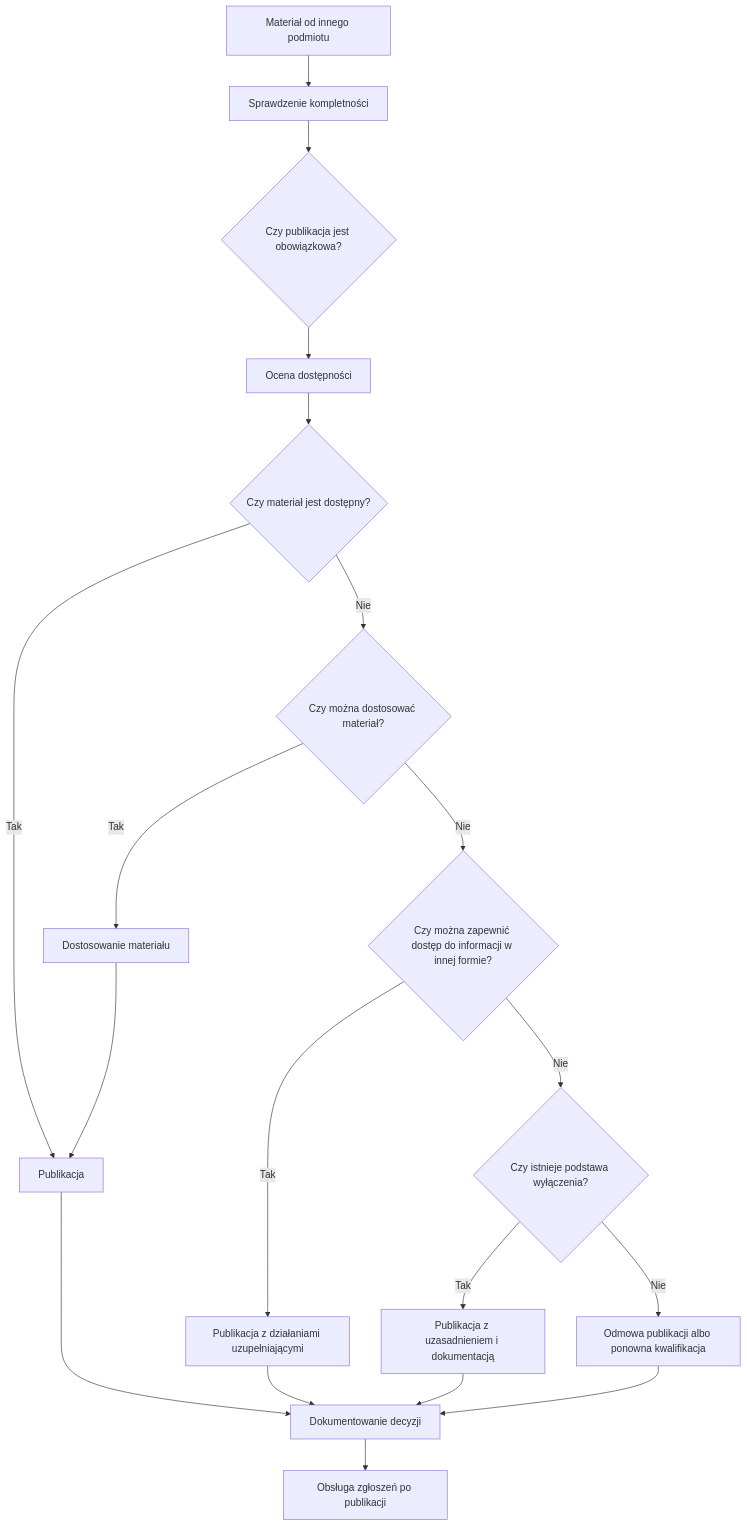
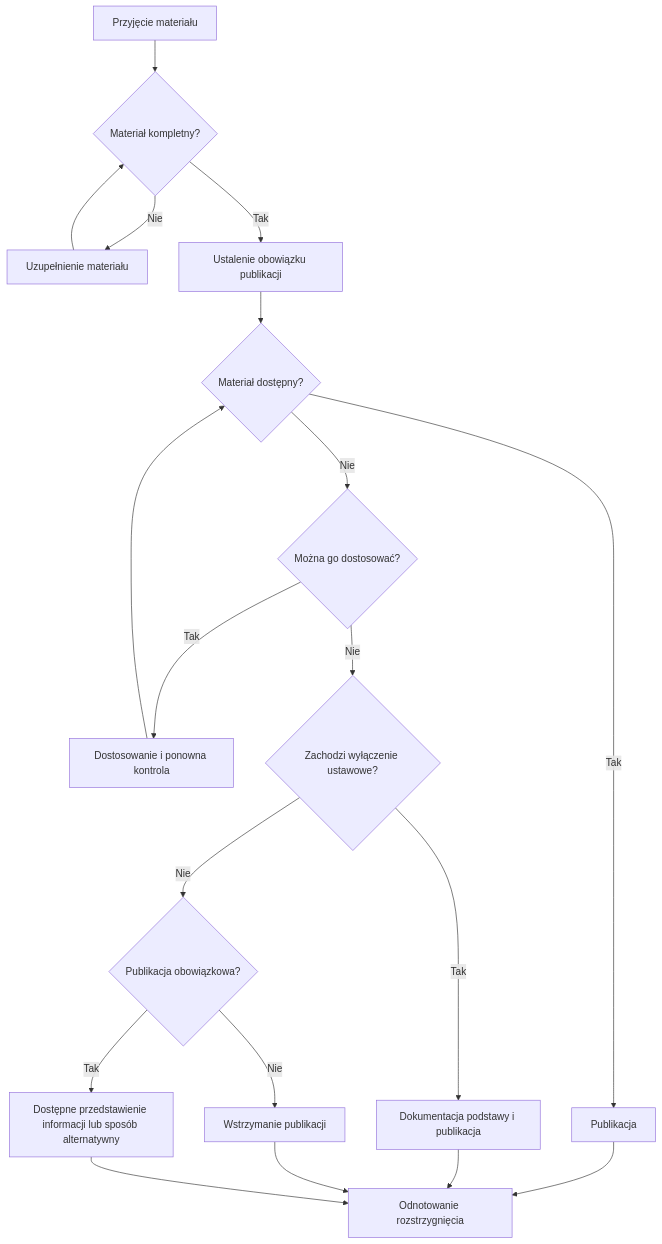
The diagram in documentation/docs/komunikacja/tresci-od-innych-podmiotow/proces-publikacji.md (Siec-Dostepnosci-Cyfrowej/sdc), drawn with Mermaid before and after one commit. The commit also changed other lines of this file and 37 other files, not shown here.

````diff
--- a/documentation/docs/komunikacja/tresci-od-innych-podmiotow/proces-publikacji.md
+++ b/documentation/docs/komunikacja/tresci-od-innych-podmiotow/proces-publikacji.md
@@ -40,21 +17,21 @@
 ```mermaid
 flowchart TD
-    A[Materiał od innego podmiotu] --> B[Sprawdzenie kompletności]
-    B --> C{Czy publikacja jest obowiązkowa?}
-    C --> D[Ocena dostępności]
-    D --> E{Czy materiał jest dostępny?}
-    E -->|Tak| F[Publikacja]
-    E -->|Nie| G{Czy można dostosować materiał?}
-    G -->|Tak| H[Dostosowanie materiału]
-    H --> F
-    G -->|Nie| I{Czy można zapewnić dostęp do informacji w innej formie?}
-    I -->|Tak| J[Publikacja z działaniami uzupełniającymi]
-    I -->|Nie| K{Czy istnieje podstawa wyłączenia?}
-    K -->|Tak| L[Publikacja z uzasadnieniem i dokumentacją]
-    K -->|Nie| M[Odmowa publikacji albo ponowna kwalifikacja]
-    F --> N[Dokumentowanie decyzji]
+    A["Przyjęcie materiału"] --> B{"Materiał kompletny?"}
+    B -->|Nie| C["Uzupełnienie materiału"]
+    C --> B
+    B -->|Tak| D["Ustalenie obowiązku publikacji"]
+    D --> E{"Materiał dostępny?"}
+    E -->|Tak| F["Publikacja"]
+    E -->|Nie| G{"Można go dostosować?"}
+    G -->|Tak| H["Dostosowanie i ponowna kontrola"]
+    H --> E
+    G -->|Nie| I{"Zachodzi wyłączenie ustawowe?"}
+    I -->|Tak| J["Dokumentacja podstawy i publikacja"]
+    I -->|Nie| K{"Publikacja obowiązkowa?"}
+    K -->|Nie| L["Wstrzymanie publikacji"]
+    K -->|Tak| M["Dostępne przedstawienie informacji lub sposób alternatywny"]
+    F --> N["Odnotowanie rozstrzygnięcia"]
     J --> N
     L --> N
     M --> N
-    N --> O[Obsługa zgłoszeń po publikacji]
 ```
````
